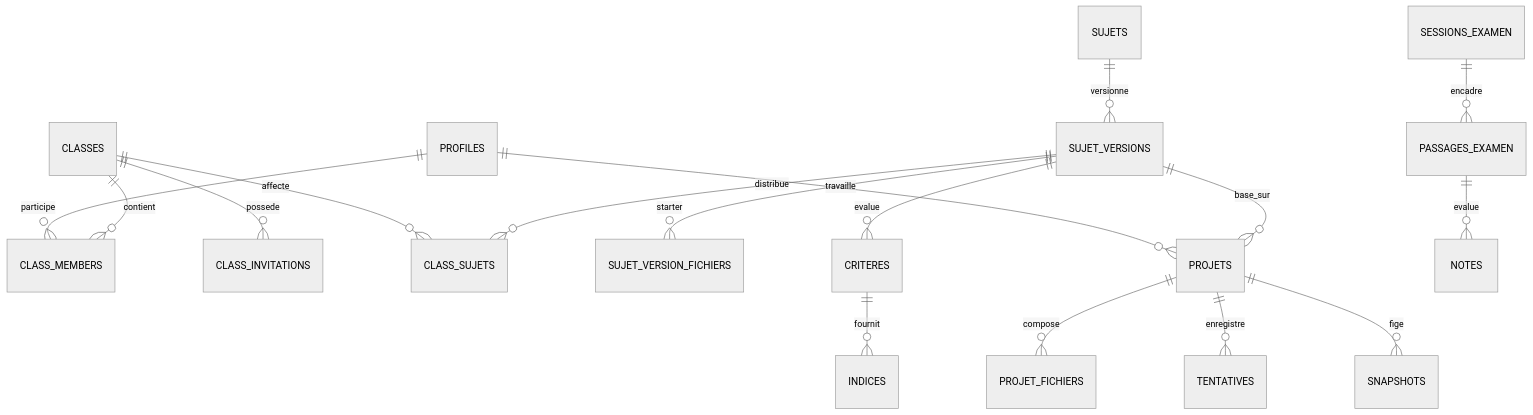
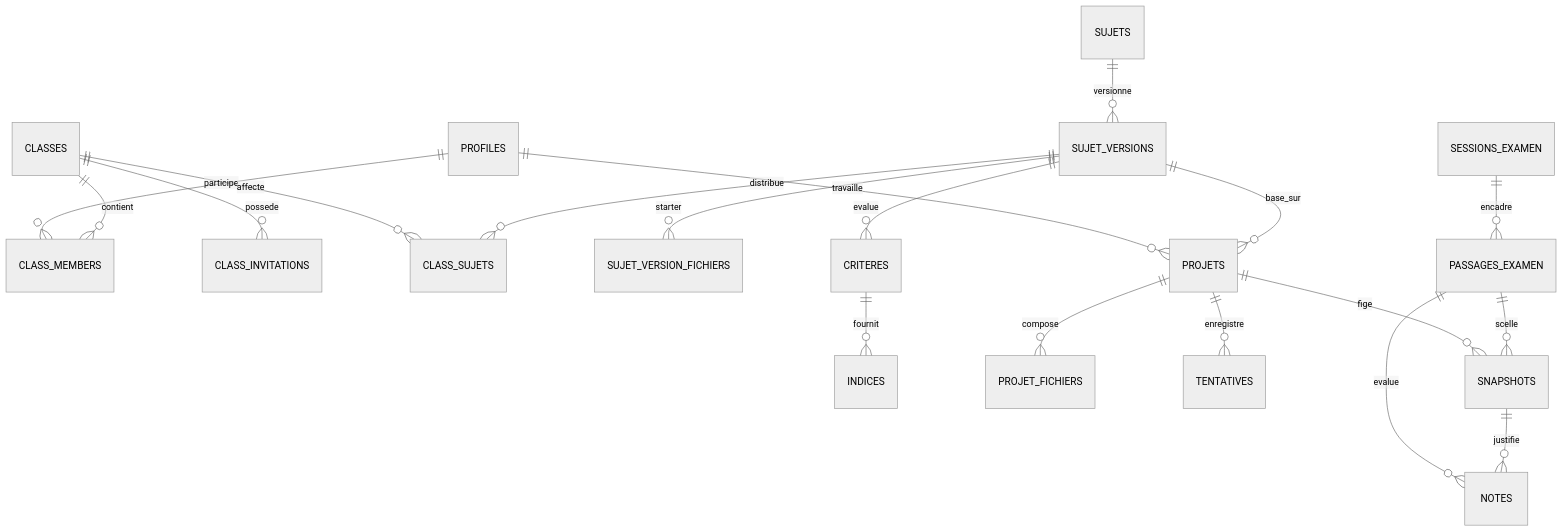
The second of 2 diagrams in CONTEXT.md (hlaadhari/app-creator), drawn with Mermaid (neutral theme) before and after one commit. The commit also changed other lines of this file, not shown here.

````diff
--- a/CONTEXT.md
+++ b/CONTEXT.md
@@ -137,19 +128,21 @@
 ```mermaid
 erDiagram
     PROFILES ||--o{ CLASS_MEMBERS : participe
     CLASSES ||--o{ CLASS_MEMBERS : contient
     CLASSES ||--o{ CLASS_INVITATIONS : possede
     CLASSES ||--o{ CLASS_SUJETS : affecte
     SUJETS ||--o{ SUJET_VERSIONS : versionne
     SUJET_VERSIONS ||--o{ SUJET_VERSION_FICHIERS : starter
     SUJET_VERSIONS ||--o{ CRITERES : evalue
     SUJET_VERSIONS ||--o{ CLASS_SUJETS : distribue
     CRITERES ||--o{ INDICES : fournit
     PROFILES ||--o{ PROJETS : travaille
     SUJET_VERSIONS ||--o{ PROJETS : base_sur
     PROJETS ||--o{ PROJET_FICHIERS : compose
     PROJETS ||--o{ TENTATIVES : enregistre
     PROJETS ||--o{ SNAPSHOTS : fige
     SESSIONS_EXAMEN ||--o{ PASSAGES_EXAMEN : encadre
+    PASSAGES_EXAMEN ||--o{ SNAPSHOTS : scelle
     PASSAGES_EXAMEN ||--o{ NOTES : evalue
+    SNAPSHOTS ||--o{ NOTES : justifie
 ```
````
